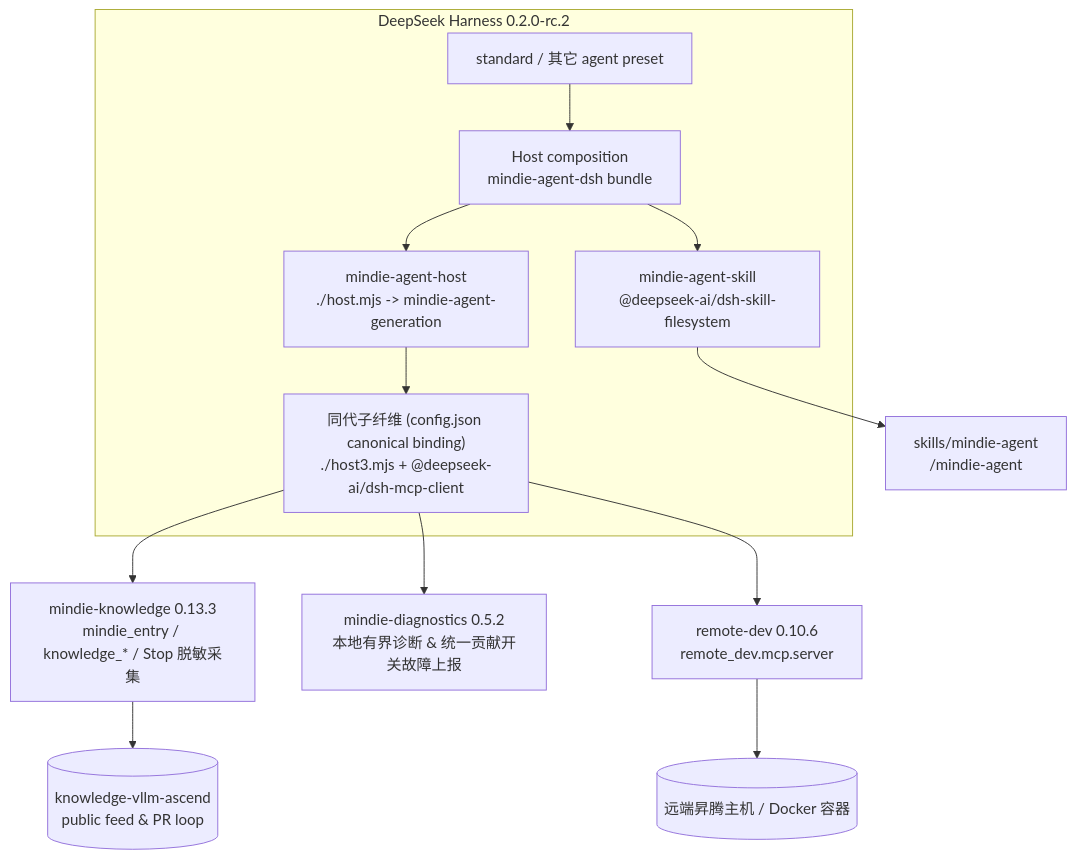
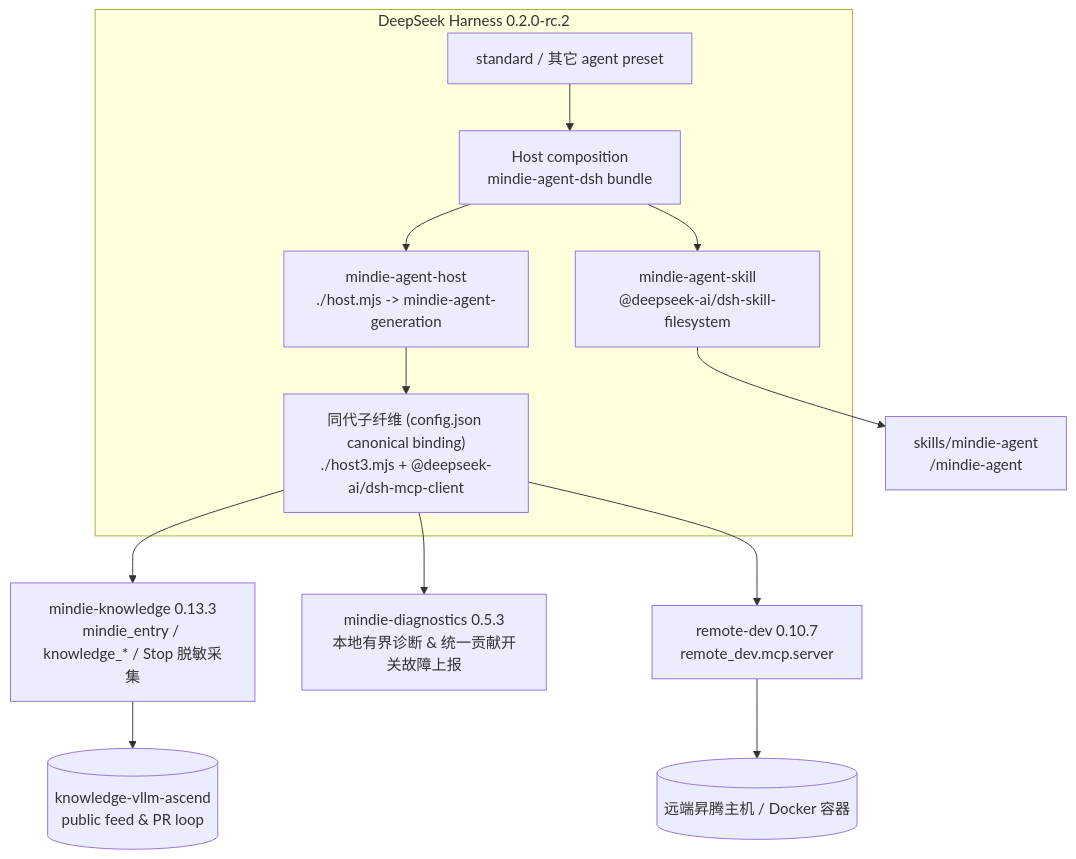
The diagram in README.md (mindie-agent/mindie-agent-dsh), drawn with Mermaid before and after one commit. The commit also changed other lines of this file and 1 other file, not shown here.

````diff
--- a/README.md
+++ b/README.md
@@ -200,20 +200,20 @@
 ```mermaid
 flowchart TB
   subgraph DSH["DeepSeek Harness 0.2.0-rc.2"]
     HOST["Host composition<br/>mindie-agent-dsh bundle"]
     STD["standard / 其它 agent preset"]
     SKILL["mindie-agent-skill<br/>@deepseek-ai/dsh-skill-filesystem"]
     HPLUG["mindie-agent-host<br/>./host.mjs -> mindie-agent-generation"]
     GEN["同代子纤维 (config.json canonical binding)<br/>./host3.mjs + @deepseek-ai/dsh-mcp-client"]
     STD --> HOST
     HOST --> SKILL
     HOST --> HPLUG
     HPLUG --> GEN
   end
   SKILL --> SK["skills/mindie-agent<br/>/mindie-agent"]
   GEN --> KS["mindie-knowledge 0.13.3<br/>mindie_entry / knowledge_* / Stop 脱敏采集"]
-  GEN --> DIAG["mindie-diagnostics 0.5.2<br/>本地有界诊断 & 统一贡献开关故障上报"]
+  GEN --> DIAG["mindie-diagnostics 0.5.3<br/>本地有界诊断 & 统一贡献开关故障上报"]
   KS --> FEED[("knowledge-vllm-ascend<br/>public feed & PR loop")]
-  GEN --> RD["remote-dev 0.10.6<br/>remote_dev.mcp.server"]
+  GEN --> RD["remote-dev 0.10.7<br/>remote_dev.mcp.server"]
   RD --> NPU[("远端昇腾主机 / Docker 容器")]
 ```
````
